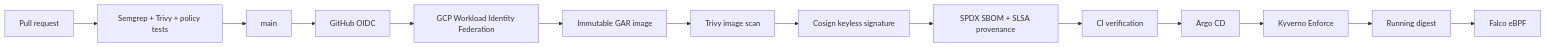
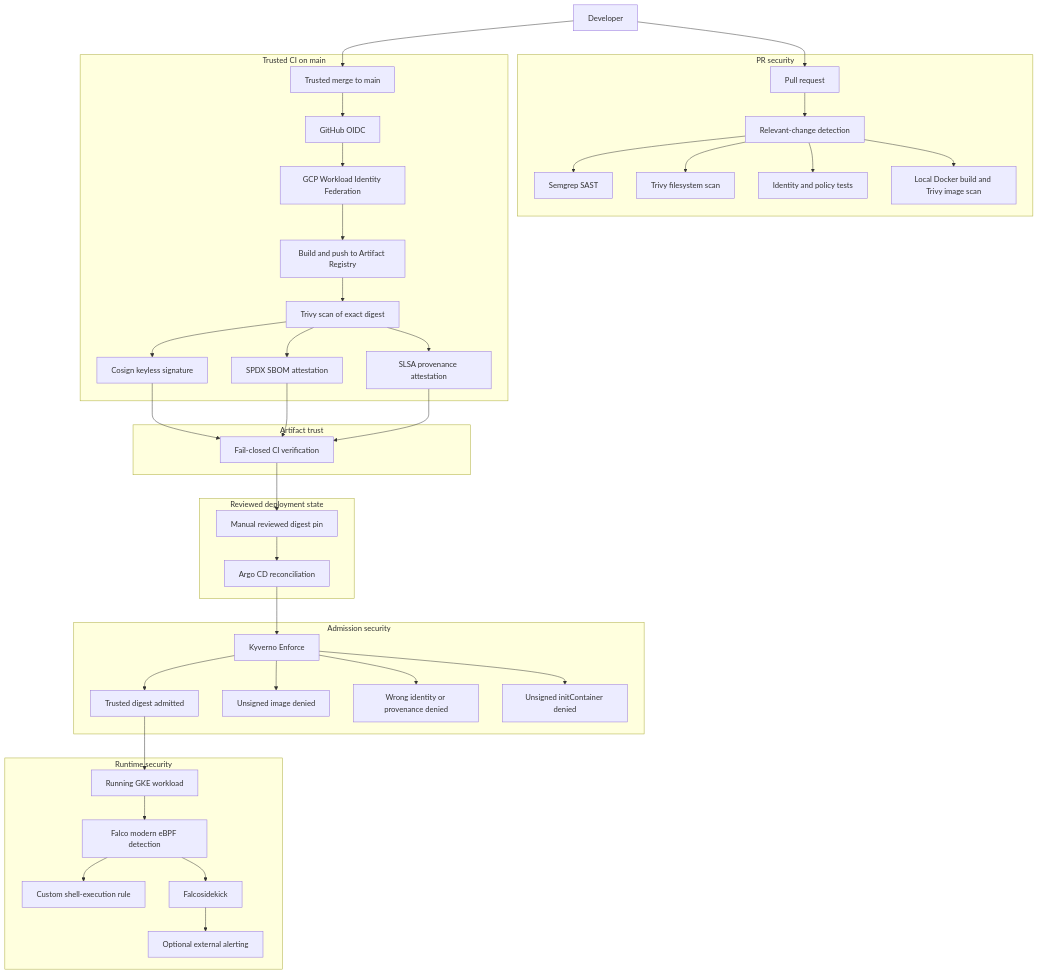
One commit to devSatym/gcp-supply-chain-security changed the first of 4 diagrams in README.md. Above: the diagram before and after it, drawn with Mermaid. The commit also changed other lines of this file and 4 other files, not shown here.

````diff
--- a/README.md
+++ b/README.md
@@ -42,16 +58,50 @@
-```mermaid
-flowchart LR
-  PR[Pull request] --> Gates[Semgrep + Trivy + policy tests]
-  Gates --> Main[main]
-  Main --> OIDC[GitHub OIDC]
-  OIDC --> WIF[GCP Workload Identity Federation]
-  WIF --> GAR[Immutable GAR image]
-  GAR --> Scan[Trivy image scan]
-  Scan --> Sig[Cosign keyless signature]
-  Sig --> Att[SPDX SBOM + SLSA provenance]
-  Att --> Verify[CI verification]
-  Verify --> Argo[Argo CD]
-  Argo --> Kyverno[Kyverno Enforce]
-  Kyverno --> GKE[Running digest]
-  GKE --> Falco[Falco eBPF]
-```
+~~~mermaid
+flowchart TD
+  Dev[Developer] --> PR[Pull request]
+  Dev --> Main[Trusted merge to main]
+
+  subgraph PRS[PR security]
+    PR --> Changes[Relevant-change detection]
+    Changes --> Semgrep[Semgrep SAST]
+    Changes --> TrivyFS[Trivy filesystem scan]
+    Changes --> PolicyTests[Identity and policy tests]
+    Changes --> PRImage[Local Docker build and Trivy image scan]
+  end
+
+  subgraph TCI[Trusted CI on main]
+    Main --> OIDC[GitHub OIDC]
+    OIDC --> WIF[GCP Workload Identity Federation]
+    WIF --> Build[Build and push to Artifact Registry]
+    Build --> FinalScan[Trivy scan of exact digest]
+    FinalScan --> Sign[Cosign keyless signature]
+    FinalScan --> SBOM[SPDX SBOM attestation]
+    FinalScan --> Provenance[SLSA provenance attestation]
+  end
+
+  subgraph TRUST[Artifact trust]
+    Sign --> Verify[Fail-closed CI verification]
+    SBOM --> Verify
+    Provenance --> Verify
+  end
+
+  subgraph GITOPS[Reviewed deployment state]
+    Verify --> Pin[Manual reviewed digest pin]
+    Pin --> Argo[Argo CD reconciliation]
+  end
+
+  subgraph ADMISSION[Admission security]
+    Argo --> Kyverno[Kyverno Enforce]
+    Kyverno --> Admit[Trusted digest admitted]
+    Kyverno --> DenyUnsigned[Unsigned image denied]
+    Kyverno --> DenyIdentity[Wrong identity or provenance denied]
+    Kyverno --> DenyInit[Unsigned initContainer denied]
+  end
+
+  subgraph RUNTIME[Runtime security]
+    Admit --> GKE[Running GKE workload]
+    GKE --> Falco[Falco modern eBPF detection]
+    Falco --> Rule[Custom shell-execution rule]
+    Falco --> Sidekick[Falcosidekick]
+    Sidekick --> OptionalAlert[Optional external alerting]
+  end
+~~~
````
